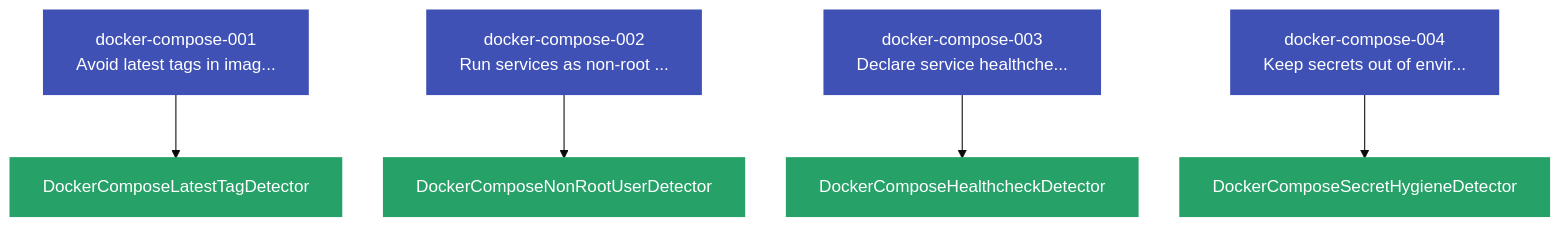
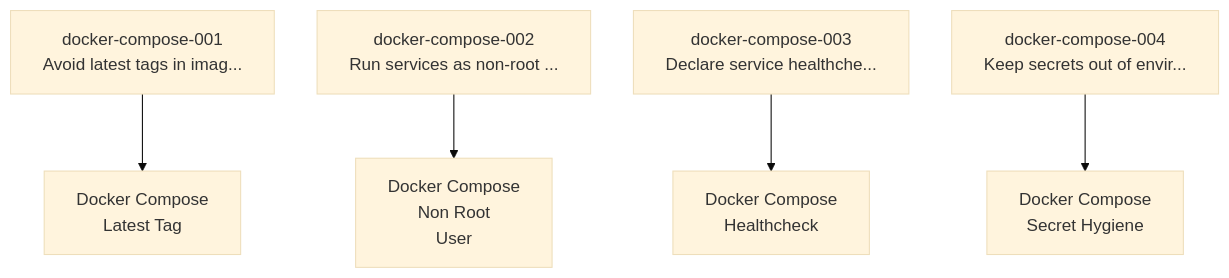
Before and after one commit to Anselmoo/mcp-zen-of-languages: the first of 4 diagrams in docs/user-guide/languages/docker-compose.md, drawn with Mermaid. The commit also changed other lines of this file and 18 other files, not shown here.

````diff
--- a/docs/user-guide/languages/docker-compose.md
+++ b/docs/user-guide/languages/docker-compose.md
@@ -111,26 +111,16 @@
     ```mermaid
-%%{init: {"theme": "base", "flowchart": {"useMaxWidth": false, "htmlLabels": true, "nodeSpacing": 40, "rankSpacing": 60}}}%%
+    %%{init: {"theme": "base", "flowchart": {"useMaxWidth": false, "htmlLabels": true, "nodeSpacing": 40, "rankSpacing": 60}}}%%
     graph TD
     docker_compose_001["docker-compose-001<br/>Avoid latest tags in imag..."]
     docker_compose_002["docker-compose-002<br/>Run services as non-root ..."]
     docker_compose_003["docker-compose-003<br/>Declare service healthche..."]
     docker_compose_004["docker-compose-004<br/>Keep secrets out of envir..."]
-    det_DockerComposeHealthcheckDetector["DockerComposeHealthcheckDetector"]
+    det_DockerComposeHealthcheckDetector["Docker Compose<br/>Healthcheck"]
     docker_compose_003 --> det_DockerComposeHealthcheckDetector
-    det_DockerComposeLatestTagDetector["DockerComposeLatestTagDetector"]
+    det_DockerComposeLatestTagDetector["Docker Compose<br/>Latest Tag"]
     docker_compose_001 --> det_DockerComposeLatestTagDetector
-    det_DockerComposeNonRootUserDetector["DockerComposeNonRootUserDetector"]
+    det_DockerComposeNonRootUserDetector["Docker Compose<br/>Non Root<br/>User"]
     docker_compose_002 --> det_DockerComposeNonRootUserDetector
-    det_DockerComposeSecretHygieneDetector["DockerComposeSecretHygieneDetector"]
+    det_DockerComposeSecretHygieneDetector["Docker Compose<br/>Secret Hygiene"]
     docker_compose_004 --> det_DockerComposeSecretHygieneDetector
-    classDef principle fill:#4051b5,color:#ffffff,stroke:#4051b5,stroke-width:2px
-    classDef detector fill:#26a269,color:#ffffff,stroke:#26a269,stroke-width:2px
-    class docker_compose_001 principle
-    class docker_compose_002 principle
-    class docker_compose_003 principle
-    class docker_compose_004 principle
-    class det_DockerComposeHealthcheckDetector detector
-    class det_DockerComposeLatestTagDetector detector
-    class det_DockerComposeNonRootUserDetector detector
-    class det_DockerComposeSecretHygieneDetector detector
     ```
````
